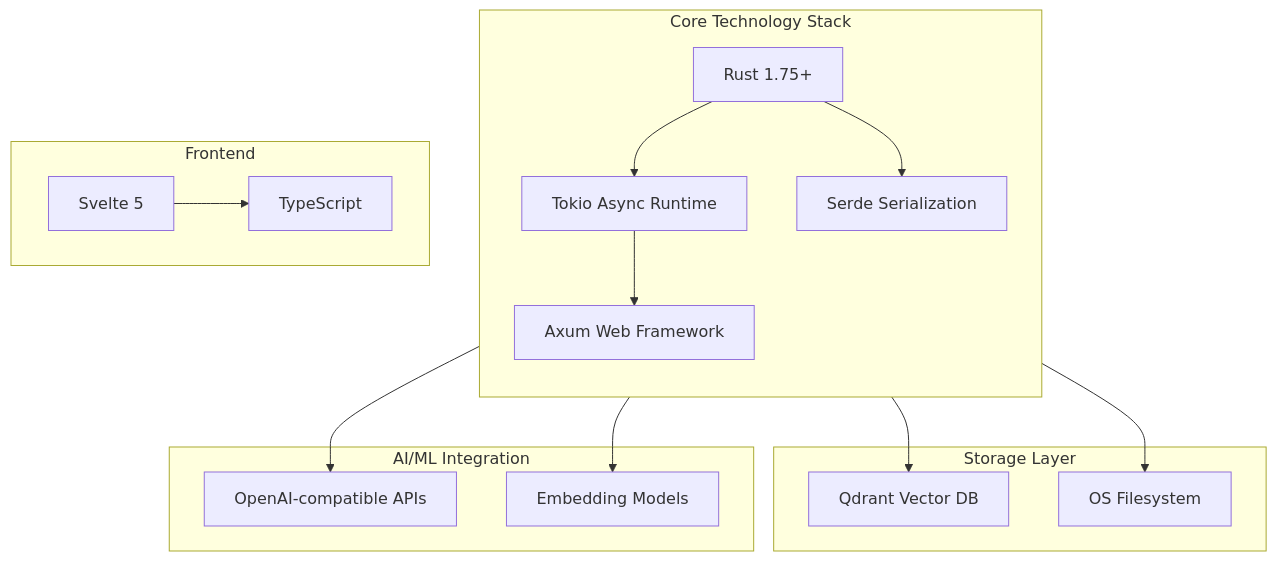
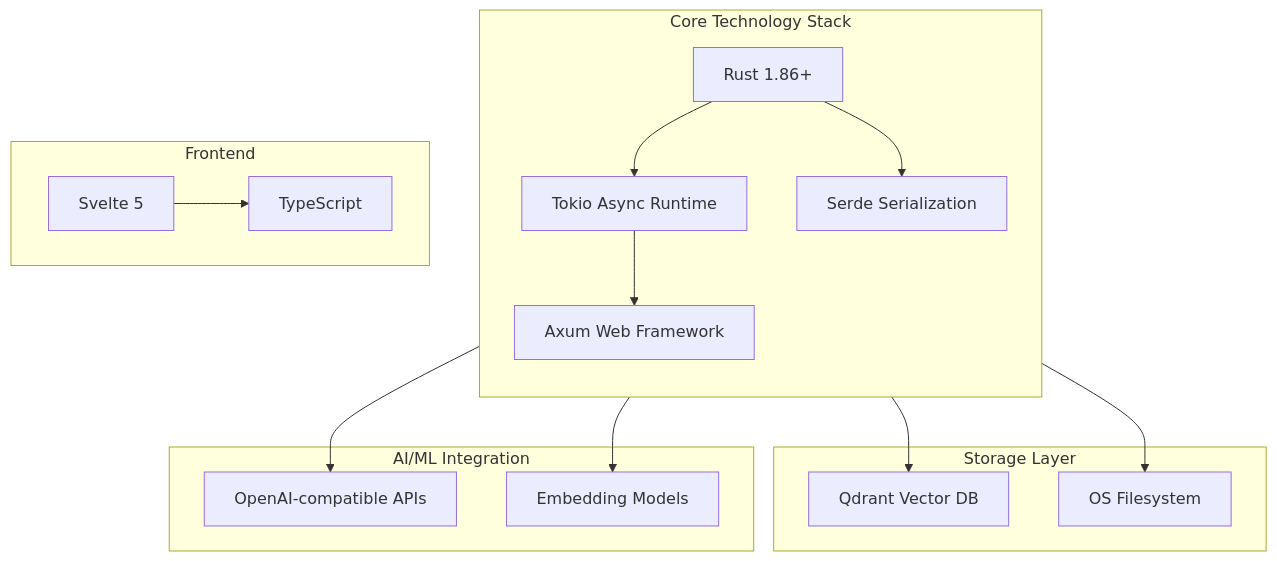
Before and after one commit to sopaco/cortex-mem: the first of 14 diagrams in litho.docs/en/2.Architecture.md, drawn with Mermaid. The commit also changed other lines of this file and 3 other files, not shown here.

````diff
--- a/litho.docs/en/2.Architecture.md
+++ b/litho.docs/en/2.Architecture.md
@@ -35,34 +35,34 @@
 ```mermaid
 graph TB
     subgraph CoreStack["Core Technology Stack"]
         direction TB
-        RUST[Rust 1.75+]
+        RUST[Rust 1.86+]
         TOKIO[Tokio Async Runtime]
         AXUM[Axum Web Framework]
         SERDE[Serde Serialization]
     end
     
     subgraph Storage["Storage Layer"]
         QDRANT[Qdrant Vector DB]
         FS[OS Filesystem]
     end
     
     subgraph AI["AI/ML Integration"]
         LLM[OpenAI-compatible APIs]
         EMB[Embedding Models]
     end
     
     subgraph Frontend["Frontend"]
         SVELTE[Svelte 5]
         TYPESCRIPT[TypeScript]
     end
     
     RUST --> TOKIO
     TOKIO --> AXUM
     RUST --> SERDE
     RUST --> QDRANT
     RUST --> FS
     RUST --> LLM
     RUST --> EMB
     SVELTE --> TYPESCRIPT
 ```
````
